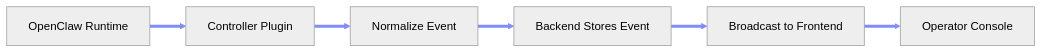
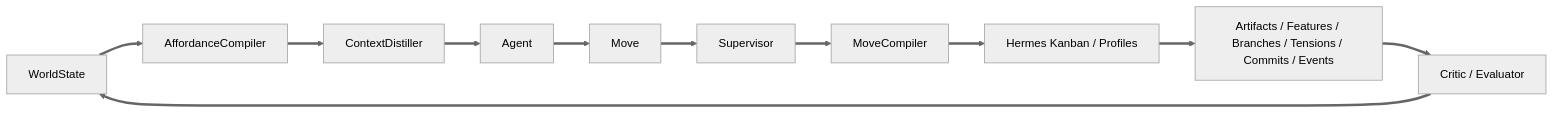
Before and after one commit to nyandesigns0/openclaw-guide: the second of 2 diagrams in content/chapter-2.3.md, drawn with Mermaid (neutral theme). The commit also changed other lines of this file and 12 other files, not shown here.

Commit message:
docs: update chapters 1.1, 1.2, 2.1, 2.2, and 2.3 to define A.A.S. Field Runtime architecture, agent models, memory structures, and design principles

````diff
--- a/content/chapter-2.3.md
+++ b/content/chapter-2.3.md
@@ -266,11 +65,14 @@
 ```mermaid
 %%{init: {'flowchart': {'arrowMarkerSize': 1.5}}}%%
 flowchart LR
-    RT[OpenClaw Runtime] ==> CP[Controller Plugin]
-    CP ==> NE[Normalize Event]
-    NE ==> BE[Backend Stores Event]
-    BE ==> BC[Broadcast to Frontend]
-    BC ==> UI[Operator Console]
-
-    linkStyle 0,1,2,3,4 stroke:#818cf8,stroke-width:4px
+    WS[WorldState] ==> AC[AffordanceCompiler]
+    AC ==> CD[ContextDistiller]
+    CD ==> AG[Agent]
+    AG ==> MV[Move]
+    MV ==> SV[Supervisor]
+    SV ==> MC[MoveCompiler]
+    MC ==> HM[Hermes Kanban / Profiles]
+    HM ==> UP[Artifacts / Features / Branches / Tensions / Commits / Events]
+    UP ==> CR[Critic / Evaluator]
+    CR ==> WS
 ```
````
